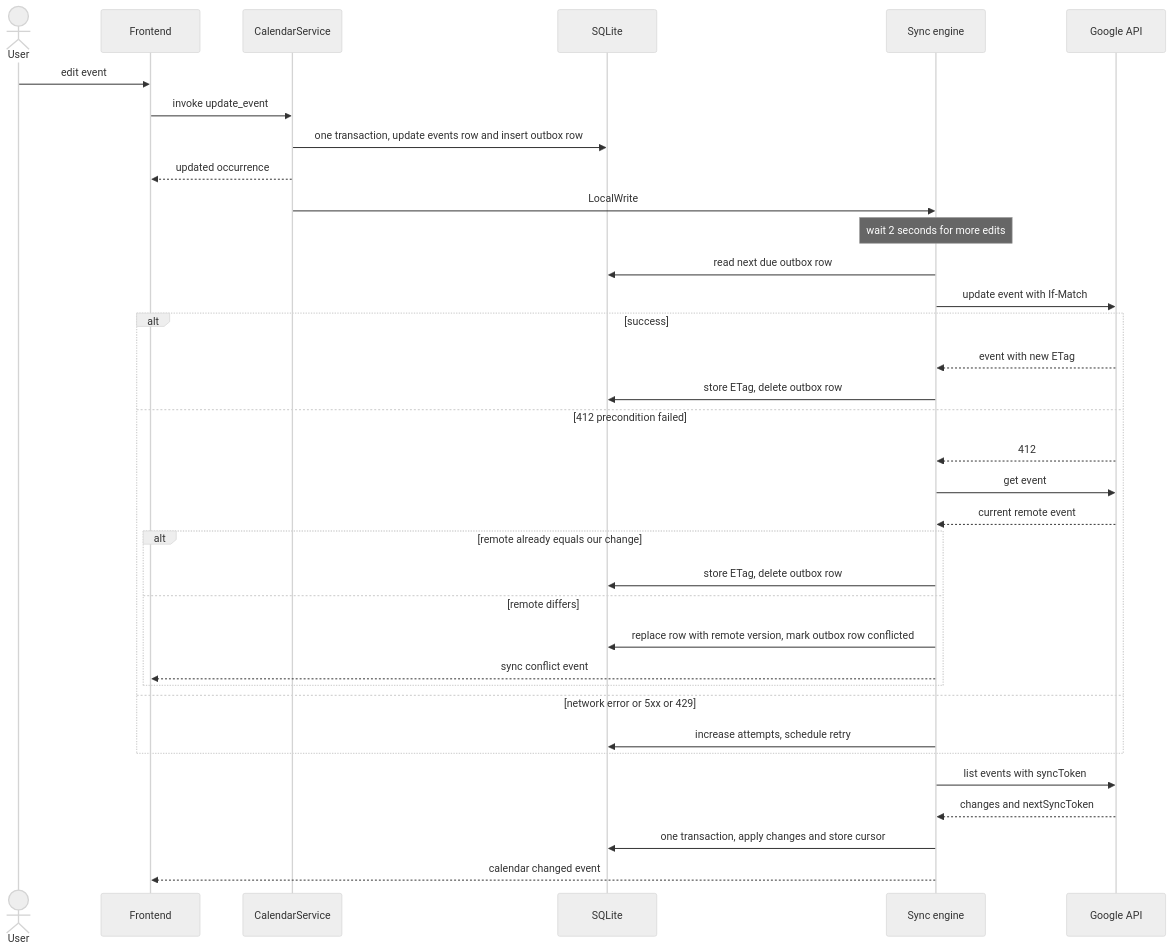
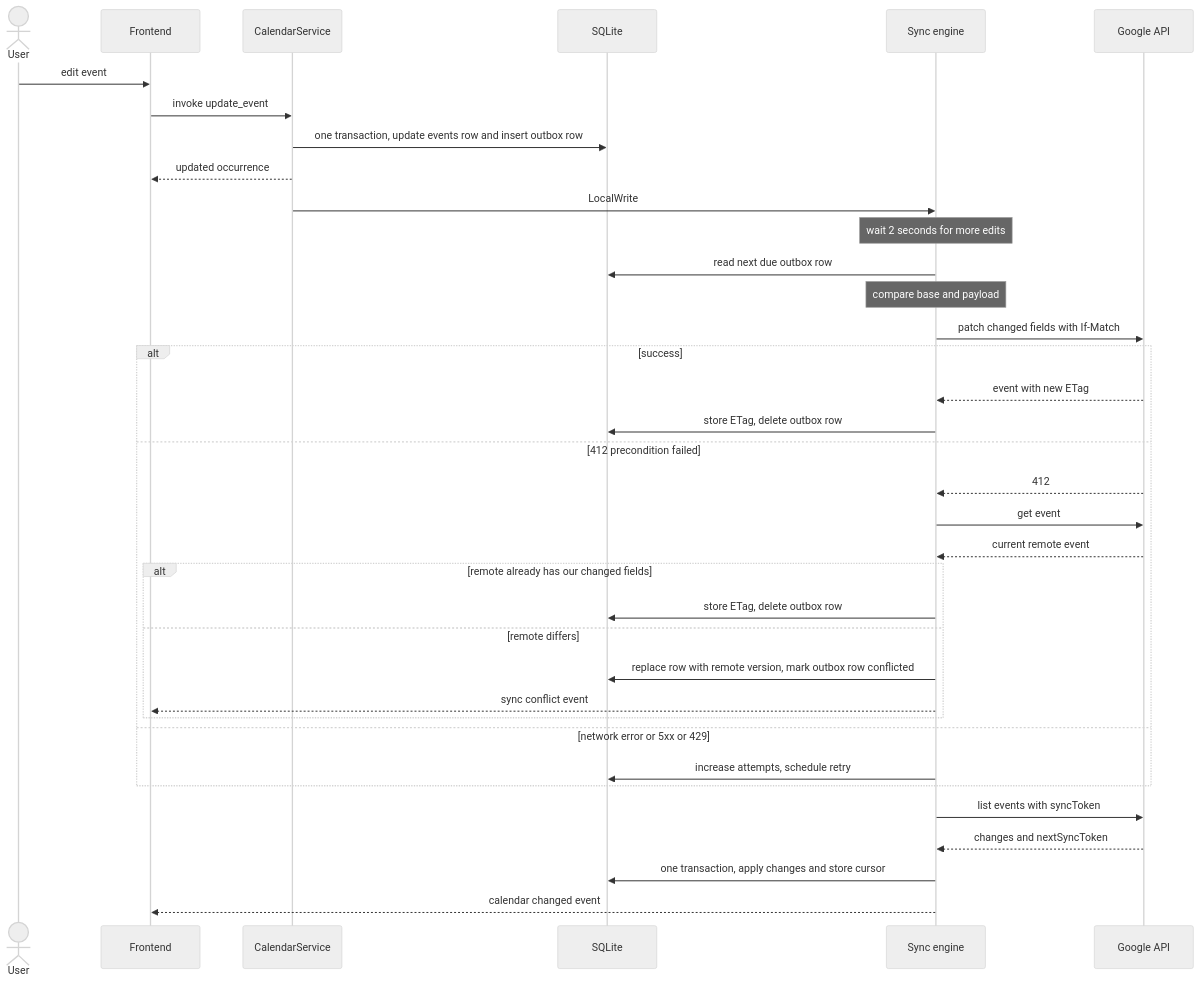
One commit to Adriaan-Cloet/SimpleCalendar changed the second of 2 diagrams in docs/architecture.md. Above: the diagram before and after it, drawn with Mermaid (neutral theme). The commit also changed other lines of this file and 1 other file, not shown here.

First line of the commit message:
docs: apply review feedback to architecture and ADR

````diff
--- a/docs/architecture.md
+++ b/docs/architecture.md
@@ -616,38 +833,39 @@
 ```mermaid
 sequenceDiagram
     actor U as User
     participant FE as Frontend
     participant SV as CalendarService
     participant DB as SQLite
     participant EN as Sync engine
     participant G as Google API
 
     U->>FE: edit event
     FE->>SV: invoke update_event
     SV->>DB: one transaction, update events row and insert outbox row
     SV-->>FE: updated occurrence
     SV->>EN: LocalWrite
     Note over EN: wait 2 seconds for more edits
     EN->>DB: read next due outbox row
-    EN->>G: update event with If-Match
+    Note over EN: compare base and payload
+    EN->>G: patch changed fields with If-Match
     alt success
         G-->>EN: event with new ETag
         EN->>DB: store ETag, delete outbox row
     else 412 precondition failed
         G-->>EN: 412
         EN->>G: get event
         G-->>EN: current remote event
-        alt remote already equals our change
+        alt remote already has our changed fields
             EN->>DB: store ETag, delete outbox row
         else remote differs
             EN->>DB: replace row with remote version, mark outbox row conflicted
             EN-->>FE: sync conflict event
         end
     else network error or 5xx or 429
         EN->>DB: increase attempts, schedule retry
     end
     EN->>G: list events with syncToken
     G-->>EN: changes and nextSyncToken
     EN->>DB: one transaction, apply changes and store cursor
     EN-->>FE: calendar changed event
 ```
````
